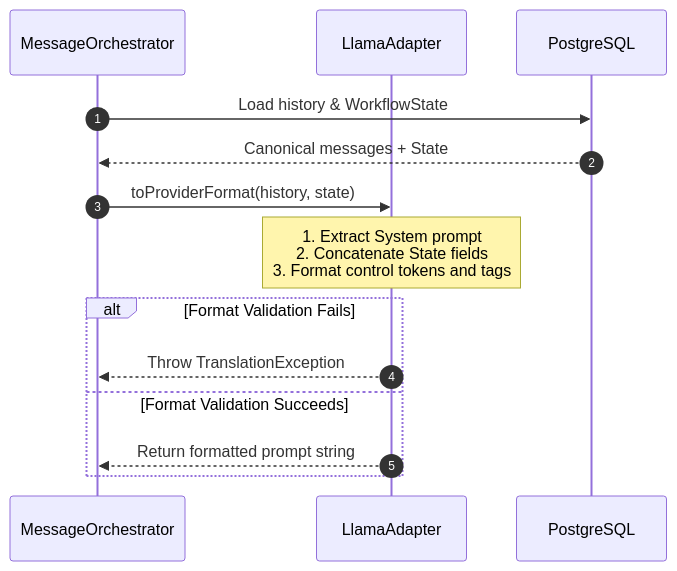
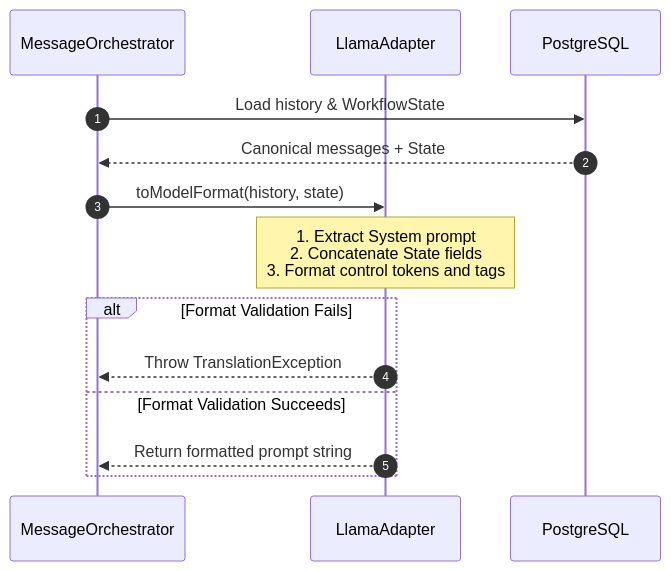
The second of 2 diagrams in Docs/Learning/03_Provider_Adapter_Pattern.md (vaibhv19/Conclave), drawn with Mermaid before and after one commit. The commit also changed other lines of this file and 17 other files, not shown here.

Commit message:
docs: synchronize repository terminology, diagrams, and READMEs with ModelAdapter and local Ollama model architecture

````diff
--- a/Docs/Learning/03_Provider_Adapter_Pattern.md
+++ b/Docs/Learning/03_Provider_Adapter_Pattern.md
@@ -109,19 +109,19 @@
 ```mermaid
 sequenceDiagram
     autonumber
     participant Orch as MessageOrchestrator
     participant Adapter as LlamaAdapter
     participant DB as PostgreSQL
 
     Orch->>DB: Load history & WorkflowState
     DB-->>Orch: Canonical messages + State
-    Orch->>Adapter: toProviderFormat(history, state)
+    Orch->>Adapter: toModelFormat(history, state)
     
     Note over Adapter: 1. Extract System prompt<br/>2. Concatenate State fields<br/>3. Format control tokens and tags
     
     alt Format Validation Fails
         Adapter-->>Orch: Throw TranslationException
     else Format Validation Succeeds
         Adapter-->>Orch: Return formatted prompt string
     end
 ```
````
